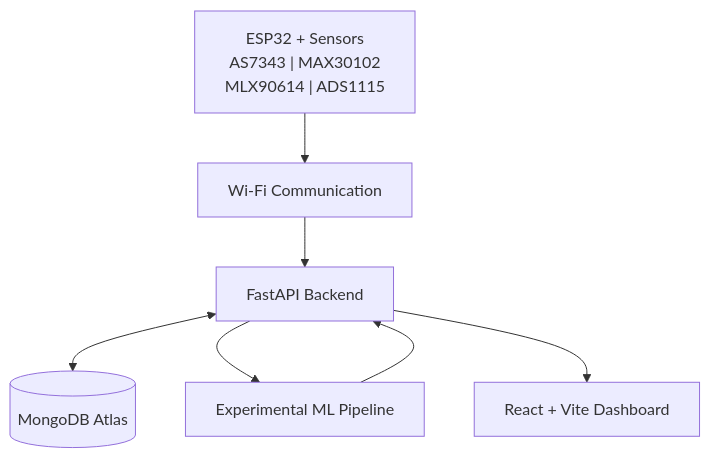
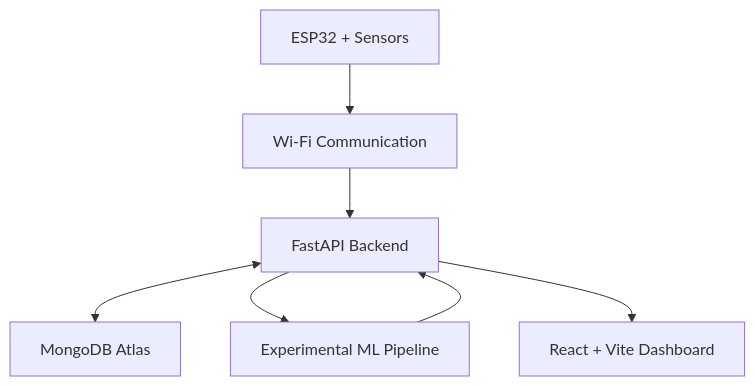
Before and after one commit to bhushan1395/GlucoSense: the diagram in README.md, drawn with Mermaid. The commit also changed other lines of this file, not shown here.

````diff
--- a/README.md
+++ b/README.md
@@ -115,16 +121,17 @@
 ```mermaid
 flowchart TD
-    A["ESP32 + Sensors<br/>AS7343 | MAX30102<br/>MLX90614 | ADS1115"]
+    A["ESP32 + Sensors"]
     B["Wi-Fi Communication"]
     C["FastAPI Backend"]
-    D[("MongoDB Atlas")]
+    D["MongoDB Atlas"]
     E["Experimental ML Pipeline"]
     F["React + Vite Dashboard"]
 
     A --> B
     B --> C
     C <--> D
     C --> E
     E --> C
     C --> F
+
 ```
````
